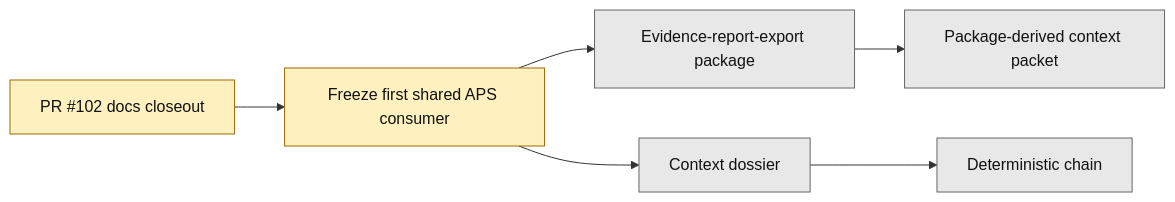
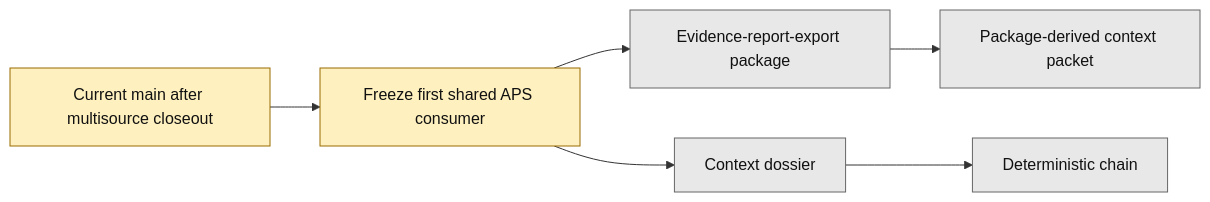
Before and after one commit to benjmcd/project6_REPO_MCP_FOLDER: the second of 2 diagrams in next_milestone_plans/layer3_progress_board.md, drawn with Mermaid. The commit also changed other lines of this file and 2 other files, not shown here.

Commit message:
docs(layer3): refresh progress artifact after pr102

````diff
--- a/next_milestone_plans/layer3_progress_board.md
+++ b/next_milestone_plans/layer3_progress_board.md
@@ -93,14 +85,14 @@
 ```mermaid
 flowchart LR
-    A["PR #102 docs closeout"] --> B["Freeze first shared APS consumer"]
+    A["Current main after multisource closeout"] --> B["Freeze first shared APS consumer"]
     B --> C["Evidence-report-export package"]
     B --> D["Context dossier"]
     C --> E["Package-derived context packet"]
     D --> F["Deterministic chain"]
 
     classDef next fill:#fff1bf,stroke:#9a6b00,color:#111;
     classDef future fill:#e8e8e8,stroke:#666,color:#111;
 
     class A,B next;
     class C,D,E,F future;
 ```
````
